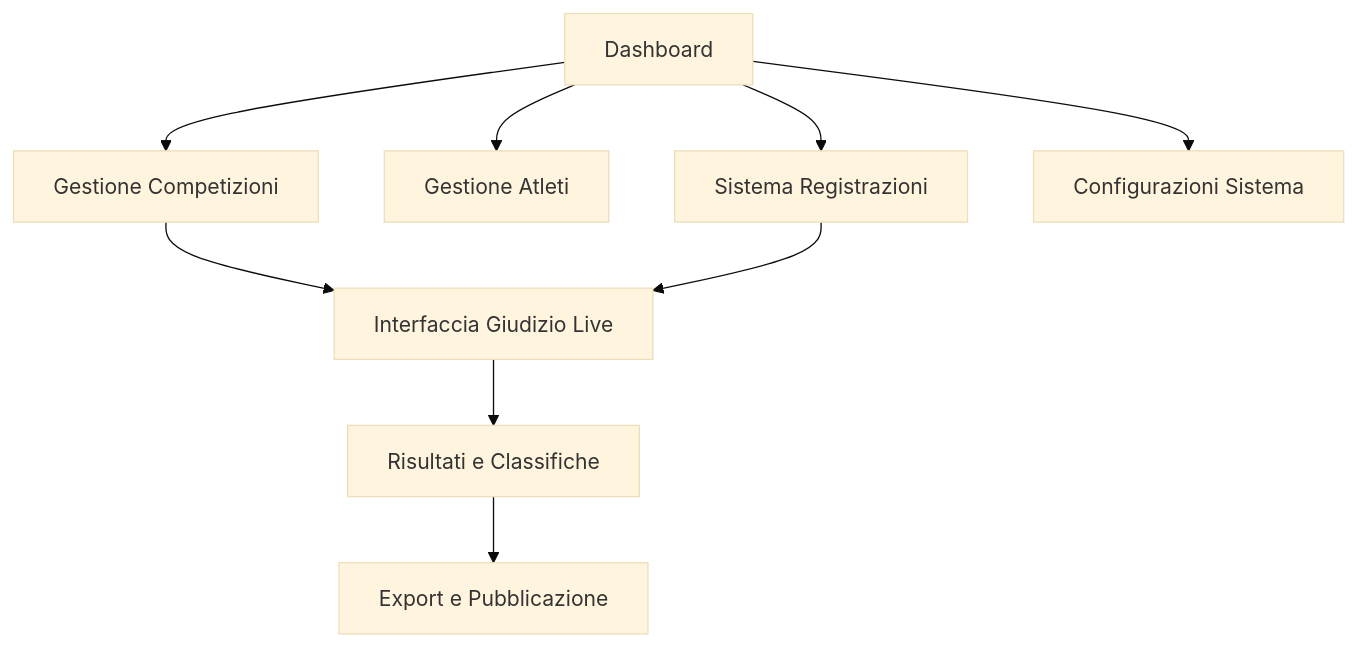
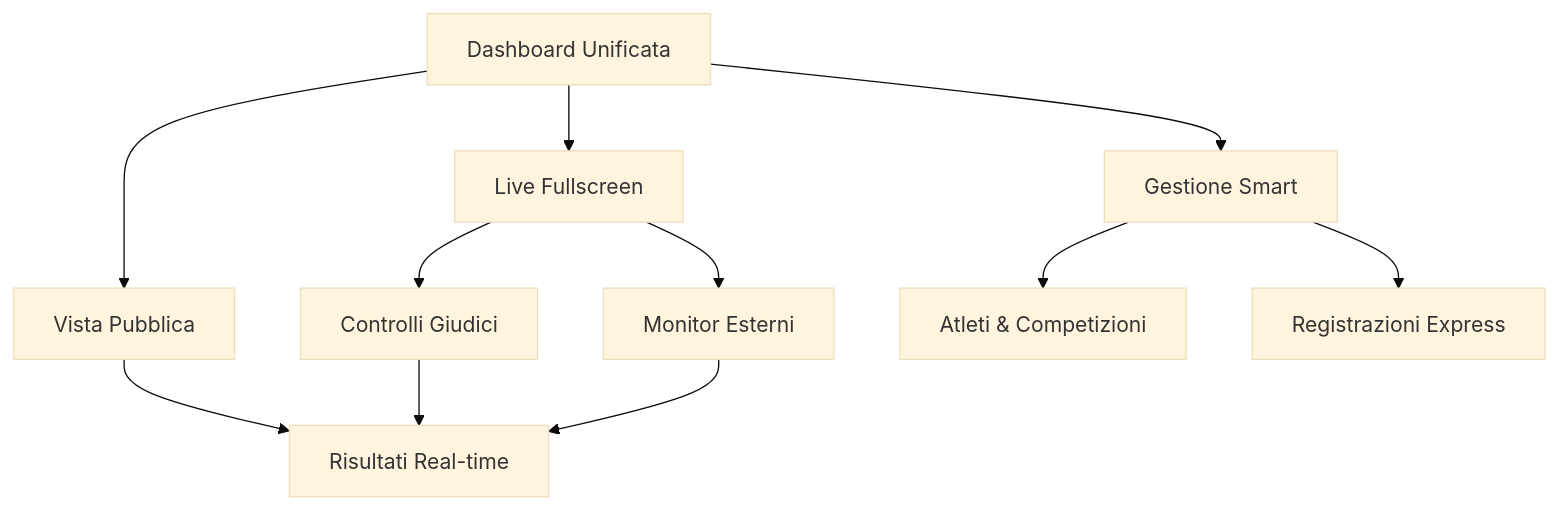
The diagram in a1lifter-admin/.trae/documents/a1lifter-product-requirements.md (g97iulio1609/A1Lifter), drawn with Mermaid (base theme) before and after one commit. The commit also changed other lines of this file and 33 other files, not shown here.

````diff
--- a/a1lifter-admin/.trae/documents/a1lifter-product-requirements.md
+++ b/a1lifter-admin/.trae/documents/a1lifter-product-requirements.md
@@ -68,11 +70,13 @@
 ```mermaid
 graph TD
-    A[Dashboard] --> B[Gestione Competizioni]
-    A --> C[Gestione Atleti]
-    A --> D[Sistema Registrazioni]
-    B --> E[Interfaccia Giudizio Live]
-    D --> E
-    E --> F[Risultati e Classifiche]
-    F --> G[Export e Pubblicazione]
-    A --> H[Configurazioni Sistema]
+    A[Dashboard Unificata] --> B[Live Fullscreen]
+    A --> C[Gestione Smart]
+    A --> D[Vista Pubblica]
+    B --> E[Controlli Giudici]
+    B --> F[Monitor Esterni]
+    C --> G[Atleti & Competizioni]
+    C --> H[Registrazioni Express]
+    D --> I[Risultati Real-time]
+    E --> I
+    F --> I
 ```
````
